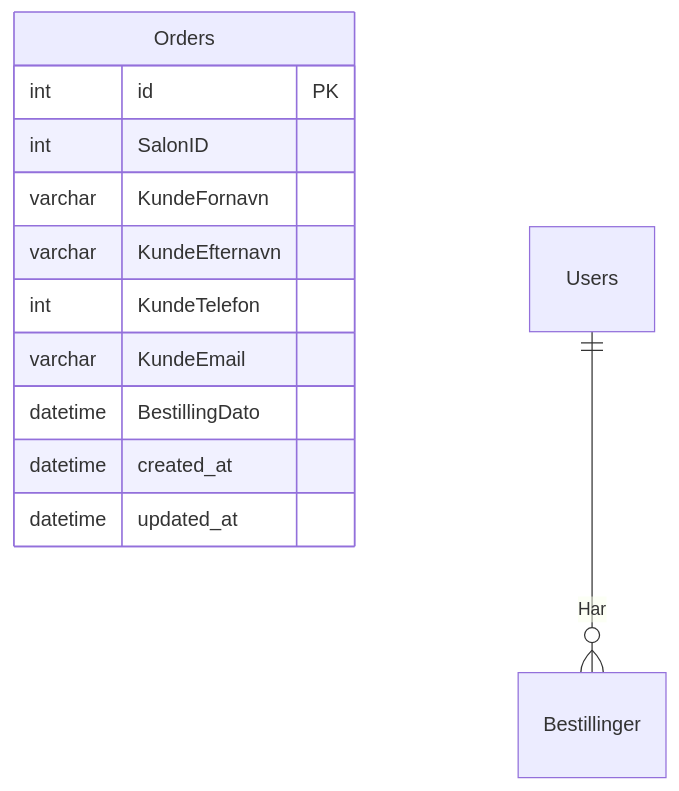
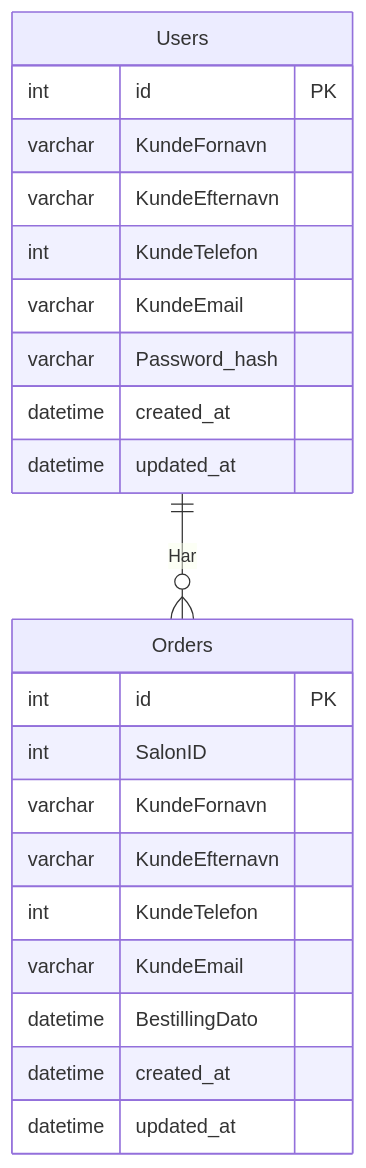
Before and after one commit to Christian-Kasper-Nikolaj-H3/Cut-n-go: the diagram in Documentation/Database.md, drawn with Mermaid. The commit also changed 3 other files, not shown here.

Commit message:
Simplify order table columns, adjust CSS styles for table layout, and refine JS order filtering logic. Update ER diagram to include `Users` table and its relation to `Orders`.

````diff
--- a/Documentation/Database.md
+++ b/Documentation/Database.md
@@ -1,18 +1,30 @@
 ```mermaid
 erDiagram
+    Users {
+        int id PK
+        
+        varchar KundeFornavn
+        varchar KundeEfternavn
+        int KundeTelefon
+        varchar KundeEmail
+        varchar Password_hash
+        
+        datetime created_at
+        datetime updated_at
+    }
     Orders {
         int id PK
         int SalonID
         
         varchar KundeFornavn
         varchar KundeEfternavn
         int KundeTelefon
         varchar KundeEmail
         datetime BestillingDato
         
         datetime created_at
         datetime updated_at
     }
     
-    Users ||--o{ Bestillinger : "Har"
+    Users ||--o{ Orders : "Har"
 ```
````
